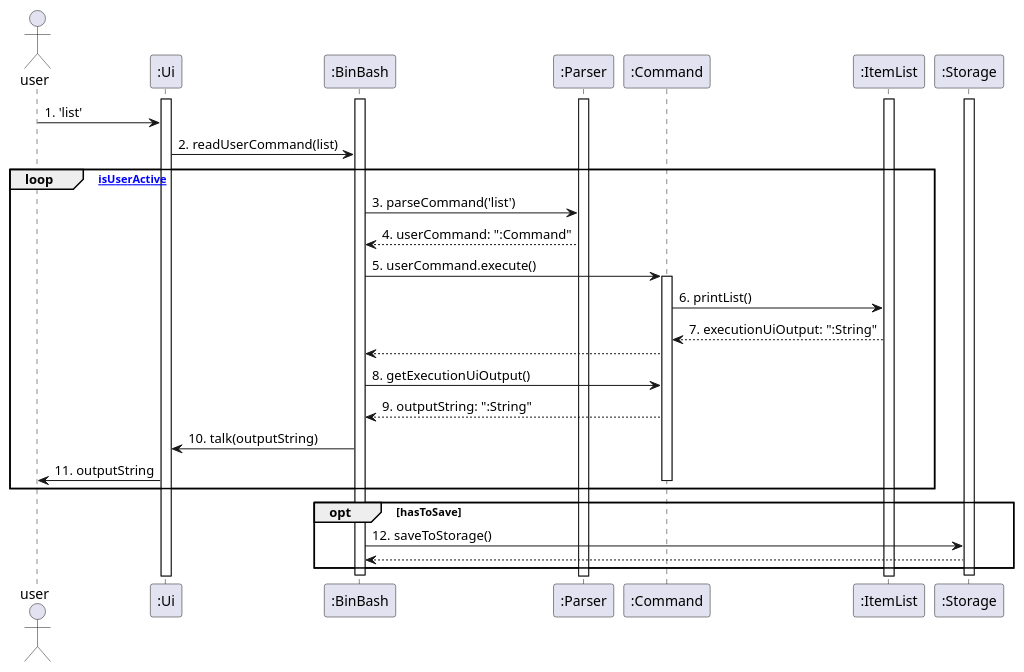
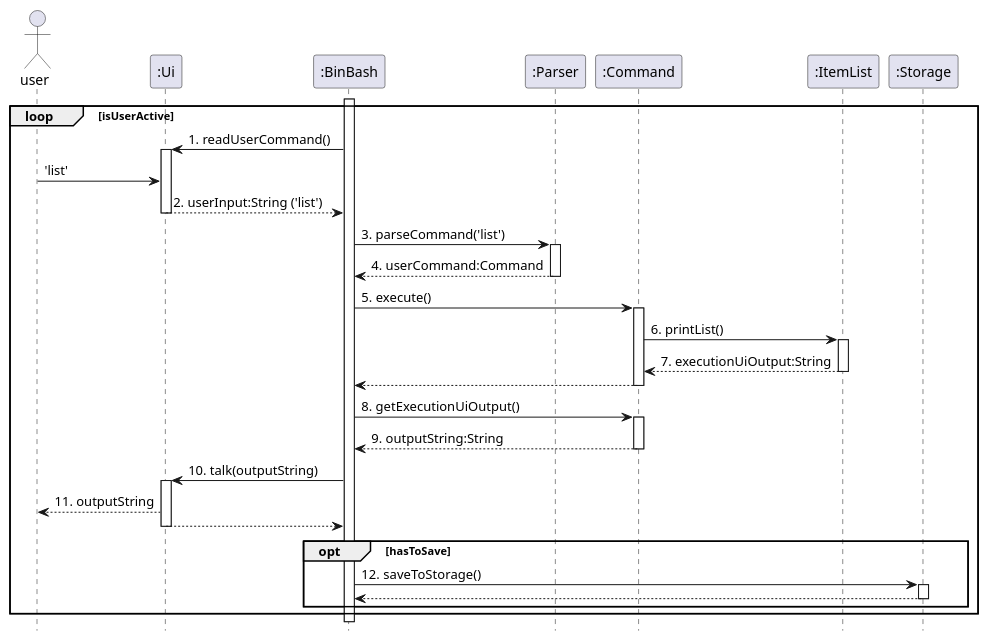
The diagram in docs/diagrams/OverallSequenceDiagram.puml (AY2324S2-CS2113T-T09-2/tp), drawn with PlantUML before and after one commit. The commit also changed 1 other file, not shown here.

Commit message:
Update Overall sequence diagram

```diff
--- a/docs/diagrams/OverallSequenceDiagram.puml
+++ b/docs/diagrams/OverallSequenceDiagram.puml
@@ -2,41 +2,48 @@
 @startuml
+hide footbox
 actor user
 participant ":Ui"
 participant ":BinBash"
 participant ":Parser"
 participant ":Command"
 participant ":ItemList"
 participant ":Storage"
 
-activate ":Ui"
 activate ":BinBash"
-activate ":Parser"
-activate ":ItemList"
-activate ":Storage"
-user -> ":Ui" : 1. 'list'
-":Ui" -> ":BinBash" : 2. readUserCommand(list)
 
-loop [isUserActive]
+loop isUserActive
+
+    ":BinBash" -> ":Ui" : 1. readUserCommand()
+    activate ":Ui"
+    user -> ":Ui" : 'list'
+    return 2. userInput:String ('list')
+
     ":BinBash" -> ":Parser" : 3. parseCommand('list')
-    ":Parser" --> ":BinBash" : 4. userCommand: ":Command"
-    ":BinBash" -> ":Command" : 5. userCommand.execute()
+    activate ":Parser"
+    return 4. userCommand:Command
+
+    ":BinBash" -> ":Command" : 5. execute()
     activate ":Command"
     ":Command" -> ":ItemList" : 6. printList()
-    ":ItemList" --> ":Command" : 7. executionUiOutput: ":String"
-    ":Command" --> ":BinBash"
+    activate ":ItemList"
+    return 7. executionUiOutput:String
+    return
+
     ":BinBash" -> ":Command" : 8. getExecutionUiOutput()
-    ":Command" --> ":BinBash" : 9. outputString: ":String"
+    activate ":Command"
+    return 9. outputString:String
+
     ":BinBash" -> ":Ui" : 10. talk(outputString)
-    ":Ui" -> user : 11. outputString
-    deactivate ":Command"
+    activate ":Ui"
+    ":Ui" --> user : 11. outputString
+    return
+
+    opt hasToSave
+        ":BinBash" -> ":Storage" : 12. saveToStorage()
+        activate ":Storage"
+        return
+    end
+
 end
 
-opt hasToSave
-    ":BinBash" -> ":Storage" : 12. saveToStorage()
-    ":Storage" --> ":BinBash"
-end
-
-deactivate ":Storage"
-deactivate ":BinBash"
-
 @enduml
```
